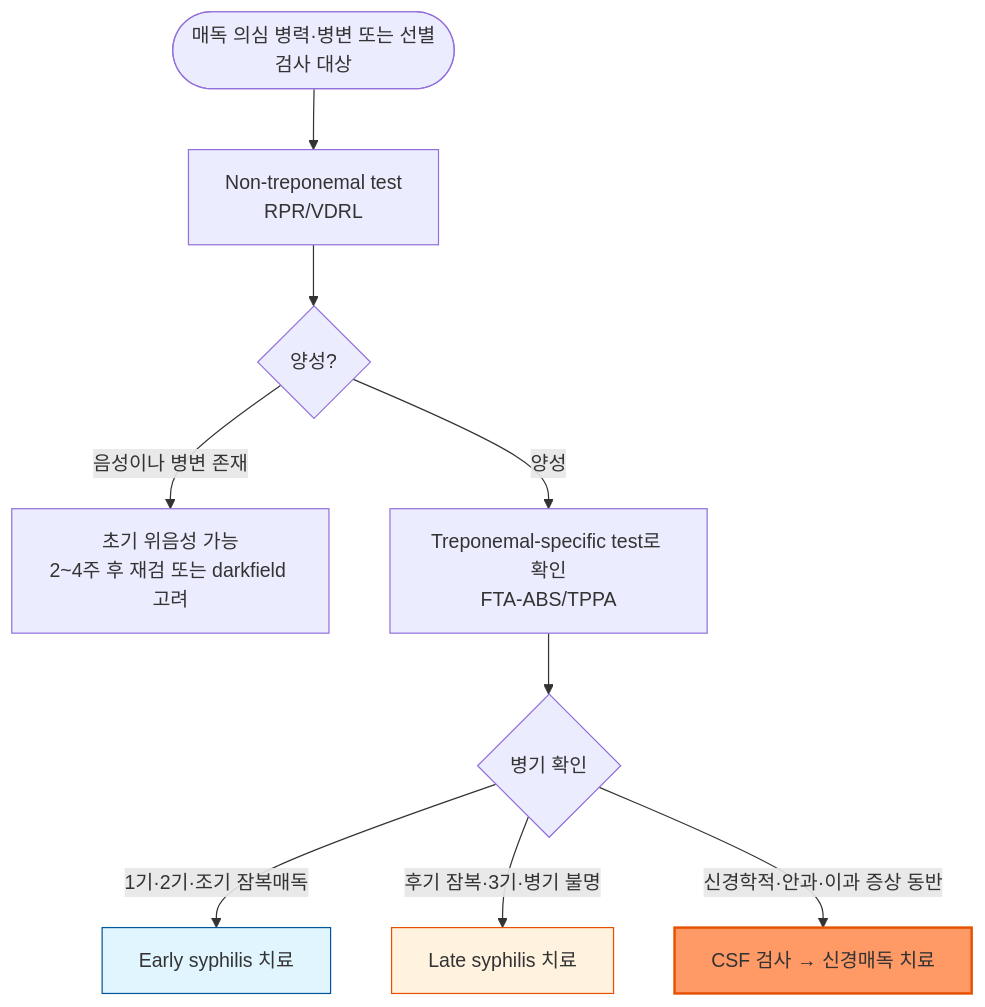
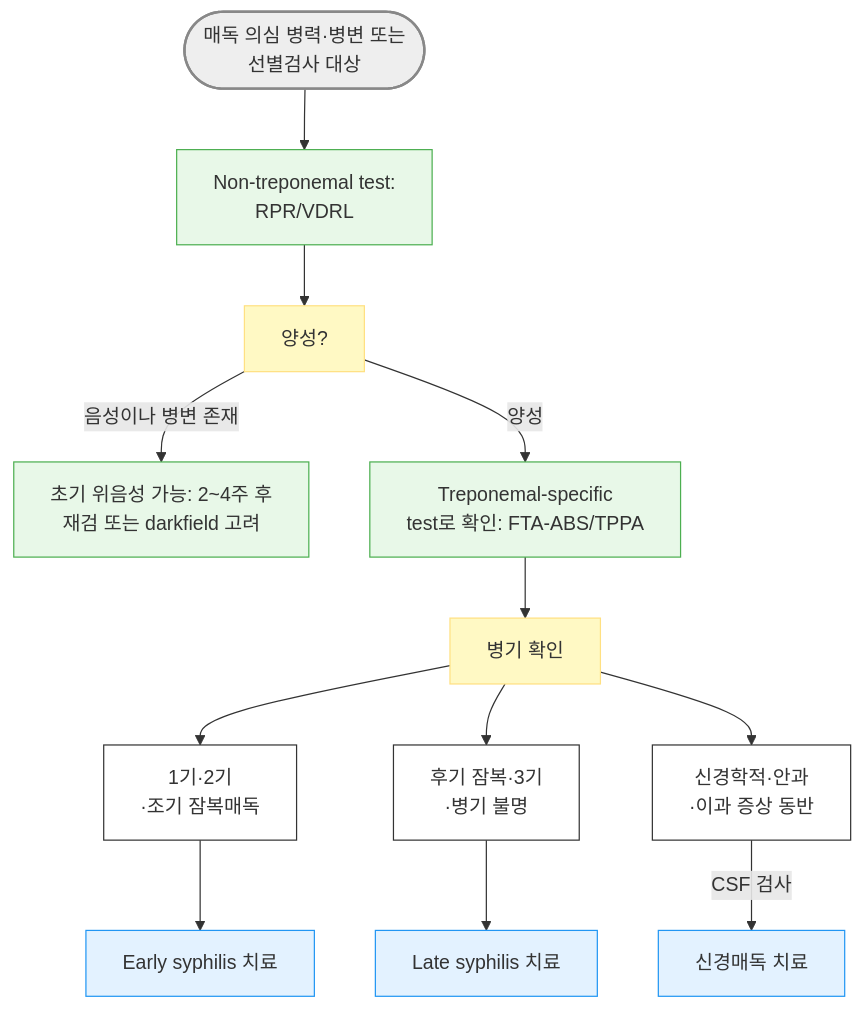
The diagram in 227_/115_-3.syphilis.md (familyoh77/familyoh77), drawn with Mermaid before and after one commit. The commit also changed other lines of this file, not shown here.

````diff
--- a/227_/115_-3.syphilis.md
+++ b/227_/115_-3.syphilis.md
@@ -163,14 +157,22 @@
 ```mermaid
 graph TD
-    A([매독 의심 병력·병변 또는 선별검사 대상]) --> B[Non-treponemal test<br/>RPR/VDRL]
-    B --> C{양성?}
-    C -->|음성이나 병변 존재| D[초기 위음성 가능<br/>2~4주 후 재검 또는 darkfield 고려]
-    C -->|양성| E[Treponemal-specific test로 확인<br/>FTA-ABS/TPPA]
-    E --> F{병기 확인}
-    F -->|1기·2기·조기 잠복매독| G[Early syphilis 치료]
-    F -->|후기 잠복·3기·병기 불명| H[Late syphilis 치료]
-    F -->|신경학적·안과·이과 증상 동반| I[CSF 검사 → 신경매독 치료]
-    style G fill:#e1f5fe,stroke:#01579b
-    style H fill:#fff3e0,stroke:#e65100
-    style I fill:#f96,stroke:#e65100,stroke-width:2px
+    A([매독 의심 병력·병변 또는 <br/>선별검사 대상]) 
+--> B[Non-treponemal test:<br/>RPR/VDRL]
+    B --> C[양성?]
+    C -->|음성이나 병변 존재| D[초기 위음성 가능: 2~4주 후 <br/>재검 또는 darkfield 고려]
+    C -->|양성| E[Treponemal-specific <br/> test로 확인: FTA-ABS/TPPA]
+    E --> F[병기 확인]
+    F --> F1[1기·2기<br/>·조기 잠복매독] --> G[Early syphilis 치료]
+    F -->F2[후기 잠복·3기<br/>·병기 불명] --> H[Late syphilis 치료]
+    F -->F3[신경학적·안과<br/>·이과 증상 동반] -- CSF 검사 --> I[신경매독 치료]
+
+style A fill:#eeeeee,stroke:#888888,stroke-width:2px
+classDef yellow fill:#fff9c4,stroke:#ffe082
+class C,F yellow
+classDef white fill:#fff,stroke:#333
+class F1,F2,F3 white
+classDef sky fill:#e3f2ff,stroke:#2196f3
+class G,H,I sky
+classDef lightGreen fill:#e8f8e8,stroke:#4caf50
+class B,D,E lightGreen
 ```
````
